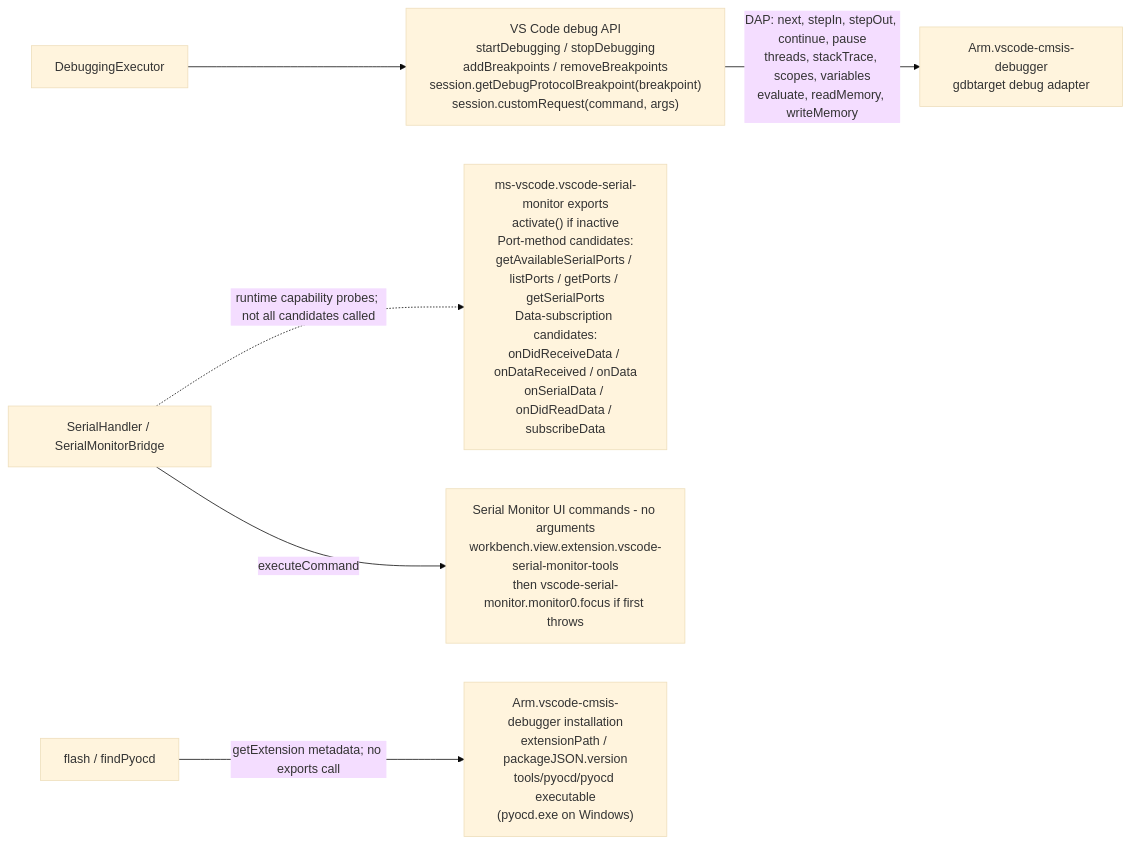
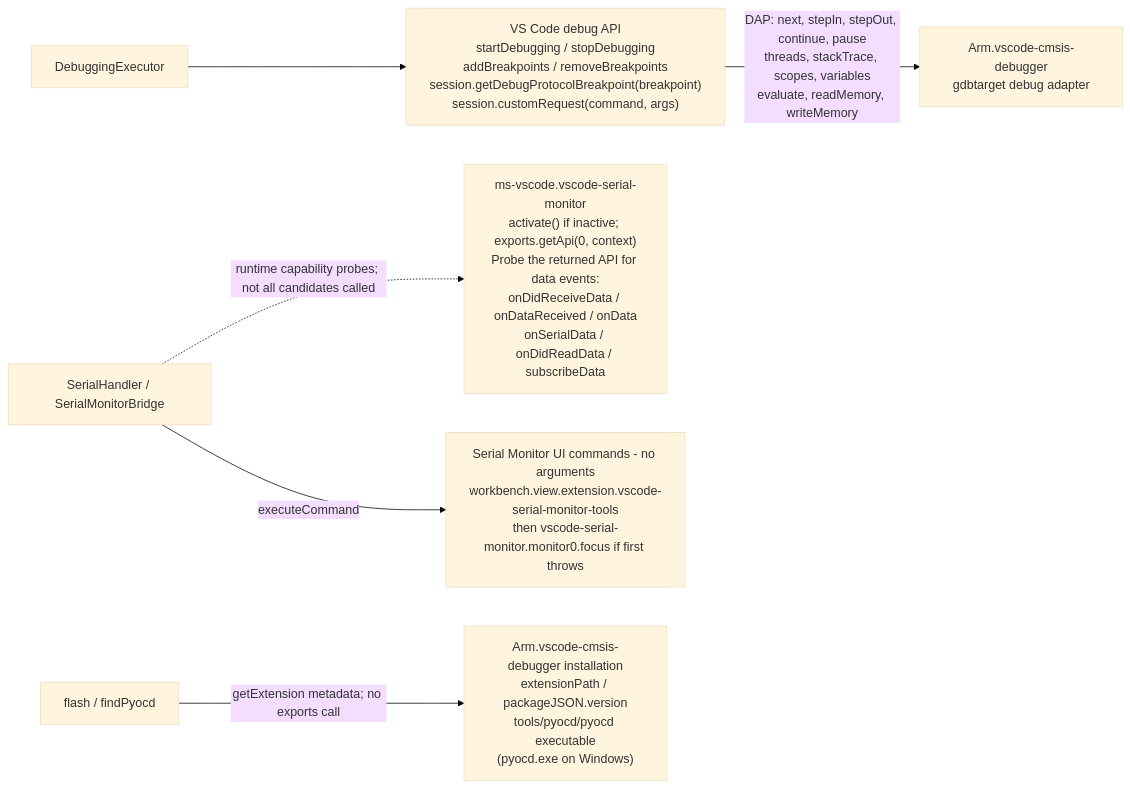
Before and after one commit to MatthiasHertelArm/CMSIS-Developer-Assistant: the second of 2 diagrams in docs/proposals/extension-calls.md, drawn with Mermaid (base theme). The commit also changed other lines of this file and 76 other files, not shown here.

````diff
--- a/docs/proposals/extension-calls.md
+++ b/docs/proposals/extension-calls.md
@@ -165,16 +189,16 @@
 ```mermaid
 flowchart LR
     Executor["DebuggingExecutor"]
     Serial["SerialHandler / SerialMonitorBridge"]
     Flash["flash / findPyocd"]
     DebugApi["VS Code debug API<br/>startDebugging / stopDebugging<br/>addBreakpoints / removeBreakpoints<br/>session.getDebugProtocolBreakpoint(breakpoint)<br/>session.customRequest(command, args)"]
     Debugger["Arm.vscode-cmsis-debugger<br/>gdbtarget debug adapter"]
-    Monitor["ms-vscode.vscode-serial-monitor exports<br/>activate() if inactive<br/>Port-method candidates:<br/>getAvailableSerialPorts / listPorts / getPorts / getSerialPorts<br/>Data-subscription candidates:<br/>onDidReceiveData / onDataReceived / onData<br/>onSerialData / onDidReadData / subscribeData"]
+    Monitor["ms-vscode.vscode-serial-monitor<br/>activate() if inactive; exports.getApi(0, context)<br/>Probe the returned API for data events:<br/>onDidReceiveData / onDataReceived / onData<br/>onSerialData / onDidReadData / subscribeData"]
     MonitorUi["Serial Monitor UI commands - no arguments<br/>workbench.view.extension.vscode-serial-monitor-tools<br/>then vscode-serial-monitor.monitor0.focus if first throws"]
     Bundle["Arm.vscode-cmsis-debugger installation<br/>extensionPath / packageJSON.version<br/>tools/pyocd/pyocd executable<br/>(pyocd.exe on Windows)"]
     Executor --> DebugApi
     DebugApi -->|"DAP: next, stepIn, stepOut, continue, pause<br/>threads, stackTrace, scopes, variables<br/>evaluate, readMemory, writeMemory"| Debugger
     Serial -.->|"runtime capability probes; not all candidates called"| Monitor
     Serial -->|"executeCommand"| MonitorUi
     Flash -->|"getExtension metadata; no exports call"| Bundle
 ```
````
